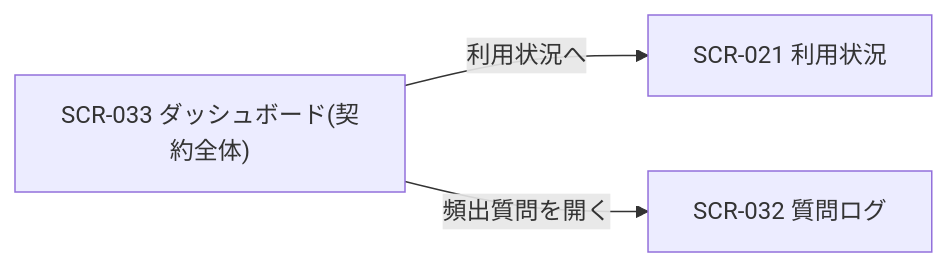
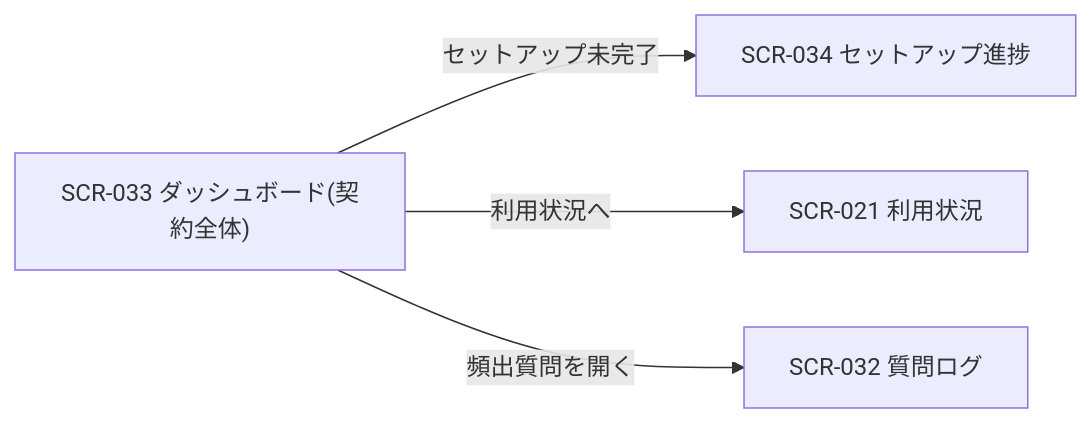
One commit to sikakou54/open-faq changed the diagram in 02_basic_design/01_frontend/01_screens/SCR-033.md. Above: the diagram before and after it, drawn with Mermaid. The commit also changed other lines of this file and 3 other files, not shown here.

````diff
--- a/02_basic_design/01_frontend/01_screens/SCR-033.md
+++ b/02_basic_design/01_frontend/01_screens/SCR-033.md
@@ -30,8 +30,10 @@
 ```mermaid
 flowchart LR
   S33["SCR-033 ダッシュボード(契約全体)"]
   S21["SCR-021 利用状況"]
   S32["SCR-032 質問ログ"]
+  S34["SCR-034 セットアップ進捗"]
+  S33 -->|セットアップ未完了| S34
   S33 -->|利用状況へ| S21
   S33 -->|頻出質問を開く| S32
 ```
````
